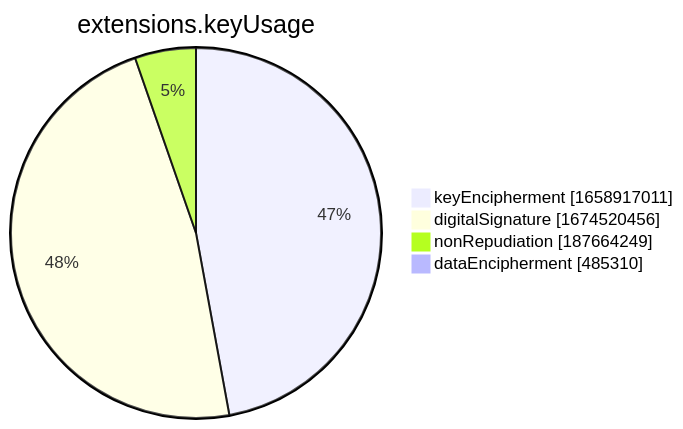
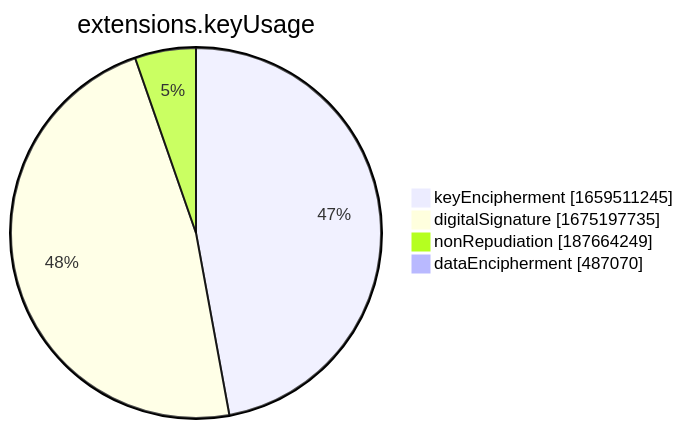
Before and after one commit to christiankrug/ctmonitor_visualization: the seventh of 15 diagrams in xenon2022/README.md, drawn with Mermaid. The commit also changed other lines of this file, not shown here.

````diff
--- a/xenon2022/README.md
+++ b/xenon2022/README.md
@@ -2857,8 +2857,8 @@
 ```mermaid
 pie showData
 title extensions.keyUsage
-"keyEncipherment" :1658917011
-"digitalSignature" :1674520456
+"keyEncipherment" :1659511245
+"digitalSignature" :1675197735
 "nonRepudiation" :187664249
-"dataEncipherment" :485310
+"dataEncipherment" :487070
 ```
````
